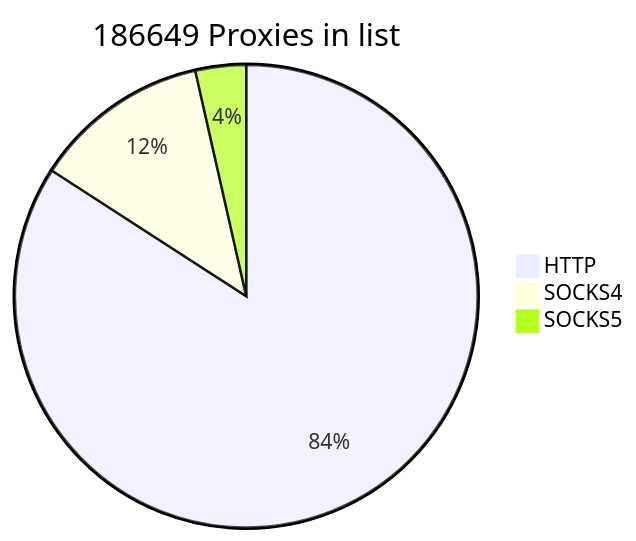
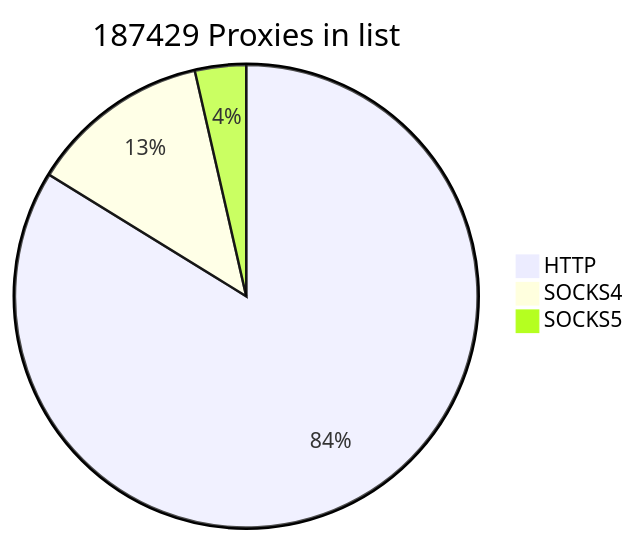
The first of 2 diagrams in README.md (cutipu/proxylist), drawn with Mermaid before and after one commit. The commit also changed other lines of this file, not shown here.

````diff
--- a/README.md
+++ b/README.md
@@ -2,7 +2,7 @@
 ```mermaid
-pie title 186649 Proxies in list
-    "HTTP" : 157031
-    "SOCKS4" : 23011
-    "SOCKS5" : 6607
+pie title 187429 Proxies in list
+    "HTTP" : 157051
+    "SOCKS4" : 23682
+    "SOCKS5" : 6696
             
 ```
````
